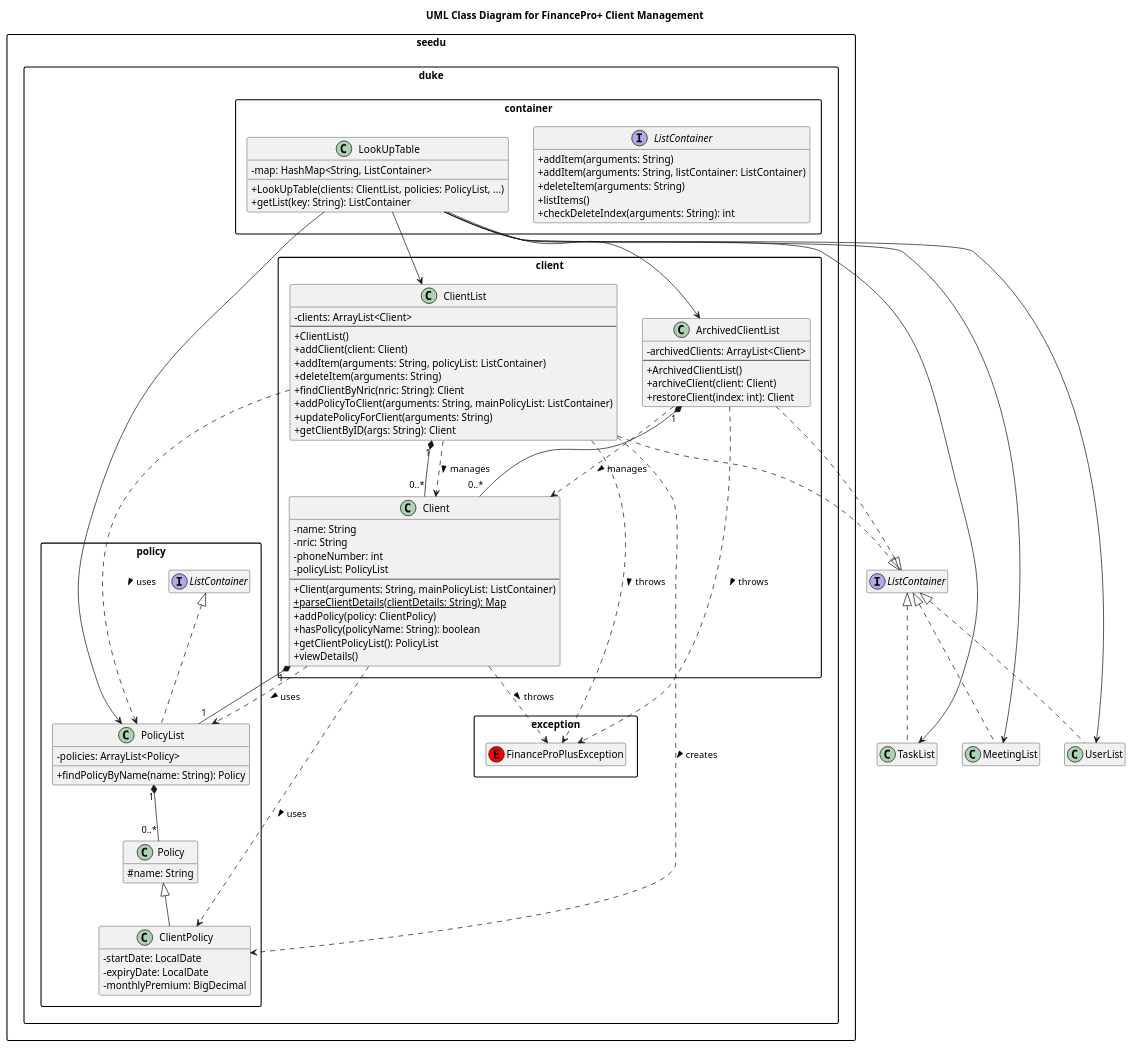
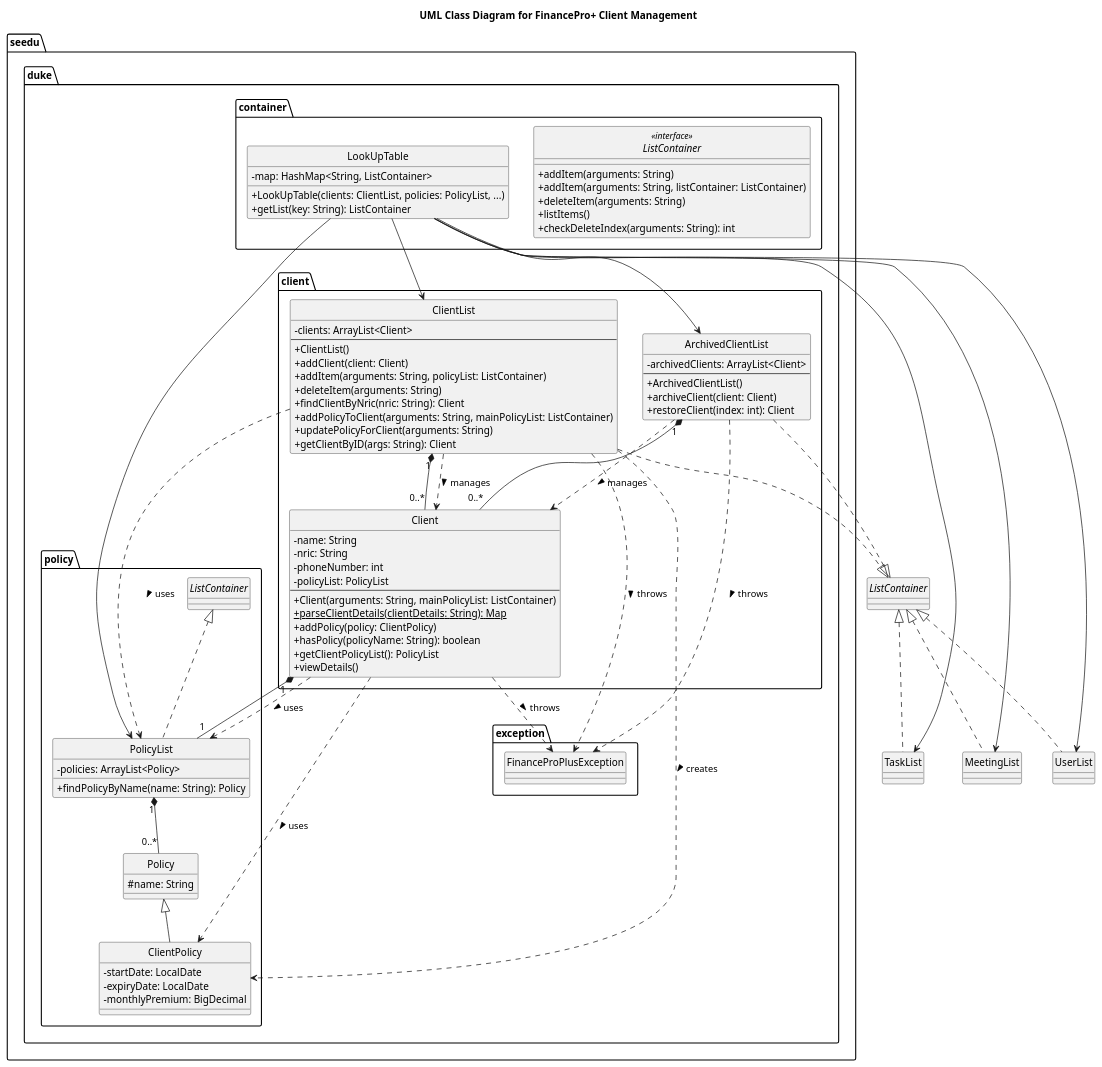
The diagram in docs/umldiagrams/Clients_class_dg.puml (ZT712002/tp), drawn with PlantUML before and after one commit. The commit also changed 4 other files, not shown here.

Commit message:
Update UML icons

```diff
--- a/docs/umldiagrams/Clients_class_dg.puml
+++ b/docs/umldiagrams/Clients_class_dg.puml
@@ -1,131 +1,130 @@
 @startuml
 
 title UML Class Diagram for FinancePro+ Client Management
 
-' Set skin parameters for better readability
 skinparam classAttributeIconSize 0
-skinparam packageStyle rect
-skinparam classStereotypeIconSize 0
-hide stereotype
-hide empty members
+skinparam classOperationIconSize 0
+skinparam stereotypePosition top
+skinparam interfaceStereotype "interface"
+hide circle
 
 
 package seedu.duke.container {
-    interface ListContainer {
+    interface ListContainer <<interface>> {
         + addItem(arguments: String)
         + addItem(arguments: String, listContainer: ListContainer)
         + deleteItem(arguments: String)
         + listItems()
         + checkDeleteIndex(arguments: String): int
     }
 
     class LookUpTable {
         - map: HashMap<String, ListContainer>
         + LookUpTable(clients: ClientList, policies: PolicyList, ...)
         + getList(key: String): ListContainer
     }
 }
 
 package seedu.duke.client {
     class ClientList {
         - clients: ArrayList<Client>
         --
         + ClientList()
         + addClient(client: Client)
         + addItem(arguments: String, policyList: ListContainer)
         + deleteItem(arguments: String)
         + findClientByNric(nric: String): Client
         + addPolicyToClient(arguments: String, mainPolicyList: ListContainer)
         + updatePolicyForClient(arguments: String)
         + getClientByID(args: String): Client
         ' Other methods omitted for brevity
     }
 
     class ArchivedClientList {
         - archivedClients: ArrayList<Client>
         --
         + ArchivedClientList()
         + archiveClient(client: Client)
         + restoreClient(index: int): Client
         ' Other methods omitted for brevity
     }
 
     class Client {
         - name: String
         - nric: String
         - phoneNumber: int
         - policyList: PolicyList
         --
         + Client(arguments: String, mainPolicyList: ListContainer)
         + {static} parseClientDetails(clientDetails: String): Map
         + addPolicy(policy: ClientPolicy)
         + hasPolicy(policyName: String): boolean
         + getClientPolicyList(): PolicyList
         + viewDetails()
     }
 }
 
 package seedu.duke.exception {
-    class FinanceProPlusException << (E,red) >> {
+    class FinanceProPlusException {
     }
 }
 
 ' Placeholder classes inferred from context to show relationships
 package seedu.duke.policy {
     class Policy {
         # name: String
     }
     class ClientPolicy {
         - startDate: LocalDate
         - expiryDate: LocalDate
         - monthlyPremium: BigDecimal
     }
     class PolicyList implements ListContainer {
         - policies: ArrayList<Policy>
         + findPolicyByName(name: String): Policy
     }
 }
 
 ' Placeholder classes inferred from LookUpTable constructor
 class MeetingList implements ListContainer
 class TaskList implements ListContainer
 class UserList implements ListContainer
 
 
 
 ' Implementation:
 ClientList ..|> ListContainer
 ArchivedClientList ..|> ListContainer
 
 ' Composition:
 ClientList "1" *-- "0..*" Client
 ArchivedClientList "1" *-- "0..*" Client
 Client "1" *-- "1" PolicyList
 
 
 ' Association:
 LookUpTable --> ClientList
 LookUpTable --> ArchivedClientList
 LookUpTable --> PolicyList
 LookUpTable --> MeetingList
 LookUpTable --> TaskList
 LookUpTable --> UserList
 
 ' Dependency:
 ClientList ..> Client : manages >
 ClientList ..> PolicyList : uses >
 ClientList ..> ClientPolicy : creates >
 ArchivedClientList ..> Client : manages >
 Client ..> PolicyList : uses >
 Client ..> ClientPolicy : uses >
 
 ' Exception usage
 ClientList ..> FinanceProPlusException : throws >
 ArchivedClientList ..> FinanceProPlusException : throws >
 Client ..> FinanceProPlusException : throws >
 
 ' Inheritance
 Policy <|-- ClientPolicy
 PolicyList "1" *-- "0..*" Policy
 
 @enduml
```
